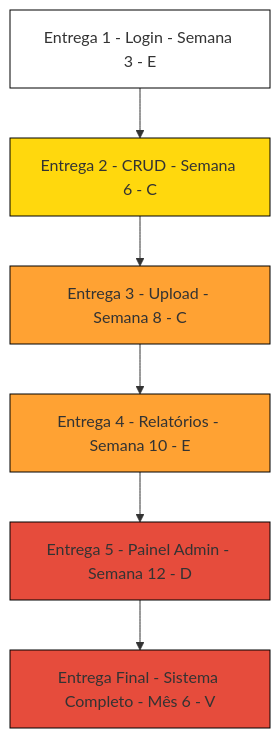
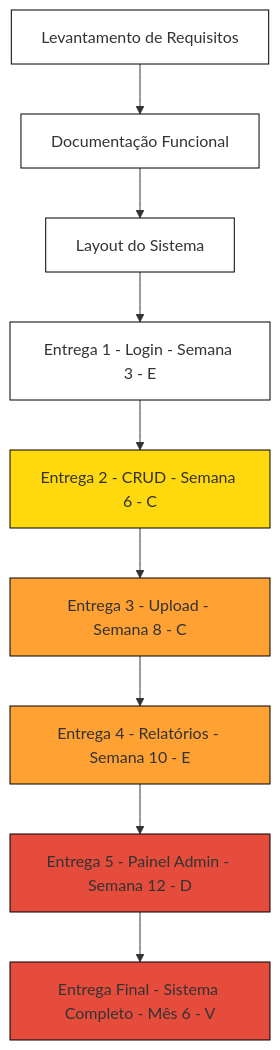
The first of 3 diagrams in README.md (AnandaMazine/Metodo-Agil-Crystal), drawn with Mermaid before and after one commit.

````diff
--- a/README.md
+++ b/README.md
@@ -3,18 +3,21 @@
 ```mermaid
 graph TD
-    E1["Entrega 1 - Login - Semana 3 - E"]:::branco
-    E2["Entrega 2 - CRUD - Semana 6 - C"]:::amarelo
-    E3["Entrega 3 - Upload - Semana 8 - C"]:::laranja
-    E4["Entrega 4 - Relatórios - Semana 10 - E"]:::laranja
-    E5["Entrega 5 - Painel Admin - Semana 12 - D"]:::vermelho
-    EF["Entrega Final - Sistema Completo - Mês 6 - V"]:::vermelho
+    E1["Levantamento de Requisitos"]:::branco
+    E2["Documentação Funcional"]:::branco
+    E3["Layout do Sistema"]:::branco
+    E4["Entrega 1 - Login - Semana 3 - E"]:::branco
+    E5["Entrega 2 - CRUD - Semana 6 - C"]:::amarelo
+    E6["Entrega 3 - Upload - Semana 8 - C"]:::laranja
+    E7["Entrega 4 - Relatórios - Semana 10 - E"]:::laranja
+    E8["Entrega 5 - Painel Admin - Semana 12 - D"]:::vermelho
+    E9["Entrega Final - Sistema Completo - Mês 6 - V"]:::vermelho
 
-    E1 --> E2 --> E3 --> E4 --> E5 --> EF
+    E1 --> E2 --> E3 --> E4 --> E5 --> E6 --> E7 --> E8 --> E9
 
 %% Definições de estilo
 classDef branco fill:#ffffff,stroke:#000,stroke-width:1px;
 classDef amarelo fill:#FFD80D,stroke:#000,stroke-width:1px;
 classDef laranja fill:#FFA233,stroke:#000,stroke-width:1px;
 classDef vermelho fill:#E64C3C,stroke:#000,stroke-width:1px;
 
 ```
````
